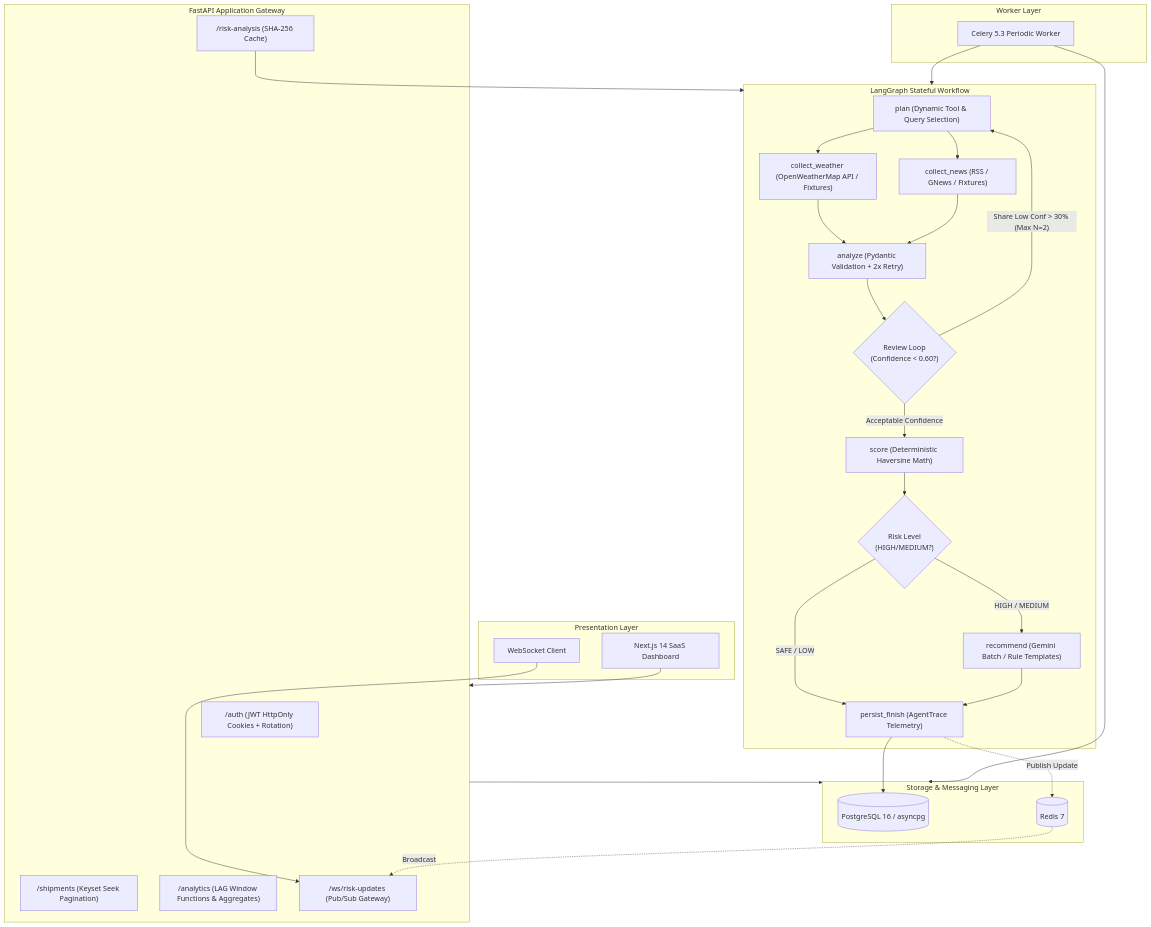
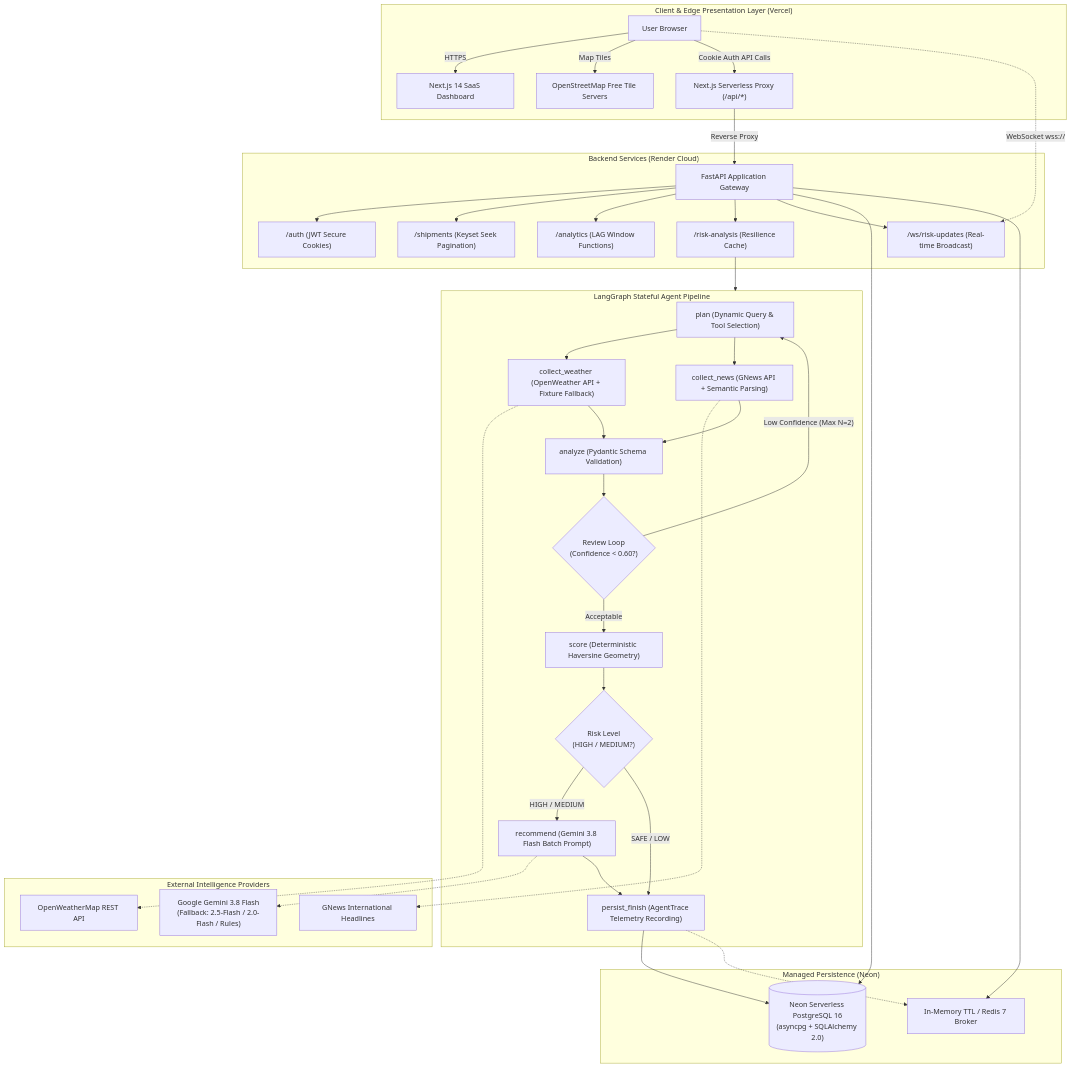
One commit to Jeyasaravanan18/Logistics_Disruption_Intelligence_Agent changed the diagram in README.md. Above: the diagram before and after it, drawn with Mermaid. The commit also changed other lines of this file, not shown here.

Commit message:
docs: update README with multi-cloud deployment architecture, live URLs, and new stack

````diff
--- a/README.md
+++ b/README.md
@@ -11,57 +27,70 @@
 ```mermaid
 flowchart TD
-    subgraph Client["Presentation Layer"]
-        UI["Next.js 14 SaaS Dashboard"]
-        WSClient["WebSocket Client"]
+    subgraph Edge["Client & Edge Presentation Layer (Vercel)"]
+        Browser["User Browser"]
+        NextApp["Next.js 14 SaaS Dashboard"]
+        NextRewrites["Next.js Serverless Proxy (/api/*)"]
+        OSM["OpenStreetMap Free Tile Servers"]
     end
 
-    subgraph Gateway["FastAPI Application Gateway"]
-        AuthRouter["/auth (JWT HttpOnly Cookies + Rotation)"]
+    subgraph CloudAPI["Backend Services (Render Cloud)"]
+        FastAPIGateway["FastAPI Application Gateway"]
+        AuthRouter["/auth (JWT Secure Cookies)"]
         ShipmentRouter["/shipments (Keyset Seek Pagination)"]
-        AnalyticsRouter["/analytics (LAG Window Functions & Aggregates)"]
-        RiskRouter["/risk-analysis (SHA-256 Cache)"]
-        WSEndpoint["/ws/risk-updates (Pub/Sub Gateway)"]
+        AnalyticsRouter["/analytics (LAG Window Functions)"]
+        RiskRouter["/risk-analysis (Resilience Cache)"]
+        WSEndpoint["/ws/risk-updates (Real-time Broadcast)"]
     end
 
-    subgraph Persistence["Storage & Messaging Layer"]
-        PG[(PostgreSQL 16 / asyncpg)]
-        Redis[(Redis 7)]
+    subgraph DataPersistence["Managed Persistence (Neon)"]
+        NeonPG[("Neon Serverless PostgreSQL 16\n(asyncpg + SQLAlchemy 2.0)")]
+        LocalCache["In-Memory TTL / Redis 7 Broker"]
     end
 
-    subgraph Workflow["LangGraph Stateful Workflow"]
-        PlanNode["plan (Dynamic Tool & Query Selection)"]
-        WeatherTool["collect_weather (OpenWeatherMap API / Fixtures)"]
-        NewsTool["collect_news (RSS / GNews / Fixtures)"]
-        AnalyzeNode["analyze (Pydantic Validation + 2x Retry)"]
-        ScoreNode["score (Deterministic Haversine Math)"]
-        ReviewDecision{"Review Loop\n(Confidence < 0.60?)"}
-        RecommendDecision{"Risk Level\n(HIGH/MEDIUM?)"}
-        RecommendNode["recommend (Gemini Batch / Rule Templates)"]
-        PersistNode["persist_finish (AgentTrace Telemetry)"]
+    subgraph AIWorkflow["LangGraph Stateful Agent Pipeline"]
+        PlanNode["plan (Dynamic Query & Tool Selection)"]
+        WeatherAgent["collect_weather (OpenWeather API + Fixture Fallback)"]
+        NewsAgent["collect_news (GNews API + Semantic Parsing)"]
+        AnalyzeNode["analyze (Pydantic Schema Validation)"]
+        ScoreNode["score (Deterministic Haversine Geometry)"]
+        ReviewLoop{"Review Loop\n(Confidence < 0.60?)"}
+        RiskLevelBranch{"Risk Level\n(HIGH / MEDIUM?)"}
+        GeminiNode["recommend (Gemini 3.8 Flash Batch Prompt)"]
+        PersistNode["persist_finish (AgentTrace Telemetry Recording)"]
     end
 
-    subgraph Background["Worker Layer"]
-        CeleryWorker["Celery 5.3 Periodic Worker"]
+    subgraph ExternalServices["External Intelligence Providers"]
+        GeminiAPI["Google Gemini 3.8 Flash\n(Fallback: 2.5-Flash / 2.0-Flash / Rules)"]
+        OpenWeatherAPI["OpenWeatherMap REST API"]
+        GNewsAPI["GNews International Headlines"]
     end
 
-    UI --> Gateway
-    WSClient --> WSEndpoint
-    Gateway --> Persistence
+    Browser -->|HTTPS| NextApp
+    Browser -->|Map Tiles| OSM
+    Browser -->|Cookie Auth API Calls| NextRewrites
+    NextRewrites -->|Reverse Proxy| FastAPIGateway
+    Browser -.->|WebSocket wss://| WSEndpoint
 
-    RiskRouter --> Workflow
-    CeleryWorker --> Persistence
-    CeleryWorker --> Workflow
+    FastAPIGateway --> AuthRouter & ShipmentRouter & AnalyticsRouter & RiskRouter & WSEndpoint
+    FastAPIGateway --> NeonPG
+    FastAPIGateway --> LocalCache
 
-    PlanNode --> WeatherTool & NewsTool
-    WeatherTool & NewsTool --> AnalyzeNode
-    AnalyzeNode --> ReviewDecision
-    ReviewDecision -- "Share Low Conf > 30% (Max N=2)" --> PlanNode
-    ReviewDecision -- "Acceptable Confidence" --> ScoreNode
-    ScoreNode --> RecommendDecision
-    RecommendDecision -- "HIGH / MEDIUM" --> RecommendNode
-    RecommendDecision -- "SAFE / LOW" --> PersistNode
-    RecommendNode --> PersistNode
-    PersistNode --> PG
-    PersistNode -.->|Publish Update| Redis
-    Redis -.->|Broadcast| WSEndpoint
+    RiskRouter --> AIWorkflow
+    PlanNode --> WeatherAgent & NewsAgent
+    WeatherAgent -.-> OpenWeatherAPI
+    NewsAgent -.-> GNewsAPI
+
+    WeatherAgent & NewsAgent --> AnalyzeNode
+    AnalyzeNode --> ReviewLoop
+    ReviewLoop -- "Low Confidence (Max N=2)" --> PlanNode
+    ReviewLoop -- "Acceptable" --> ScoreNode
+
+    ScoreNode --> RiskLevelBranch
+    RiskLevelBranch -- "HIGH / MEDIUM" --> GeminiNode
+    RiskLevelBranch -- "SAFE / LOW" --> PersistNode
+
+    GeminiNode -.-> GeminiAPI
+    GeminiNode --> PersistNode
+    PersistNode --> NeonPG
+    PersistNode -.-> LocalCache
 ```
````
